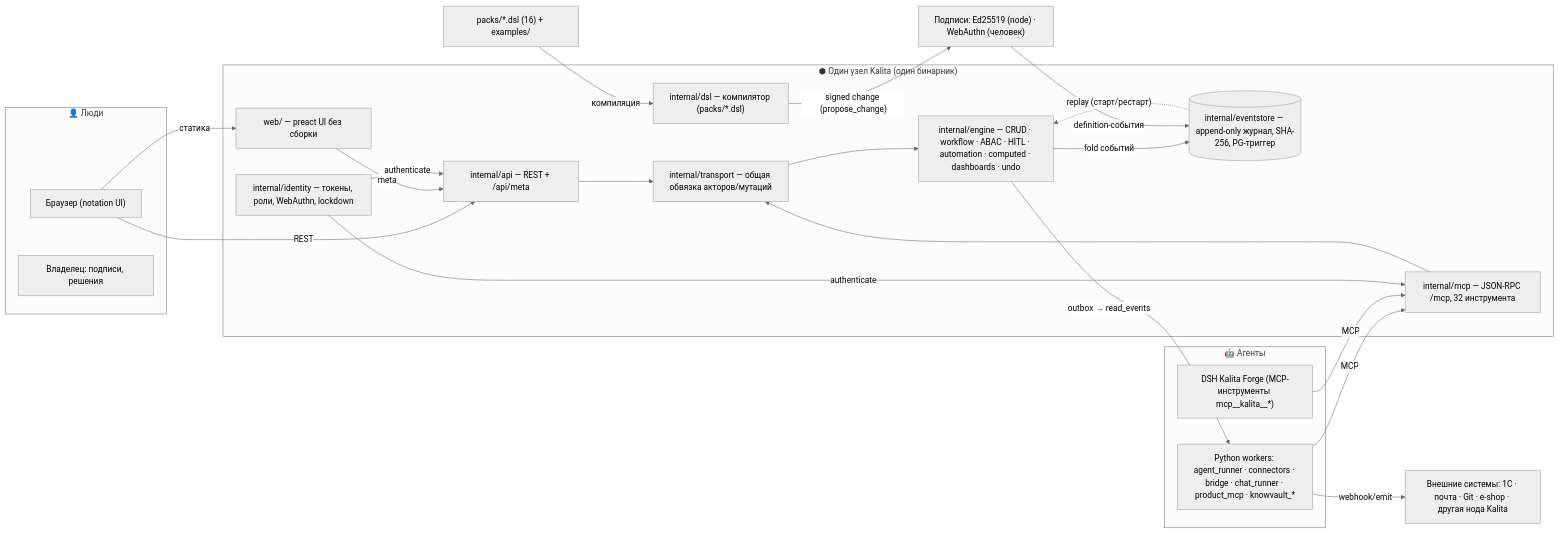
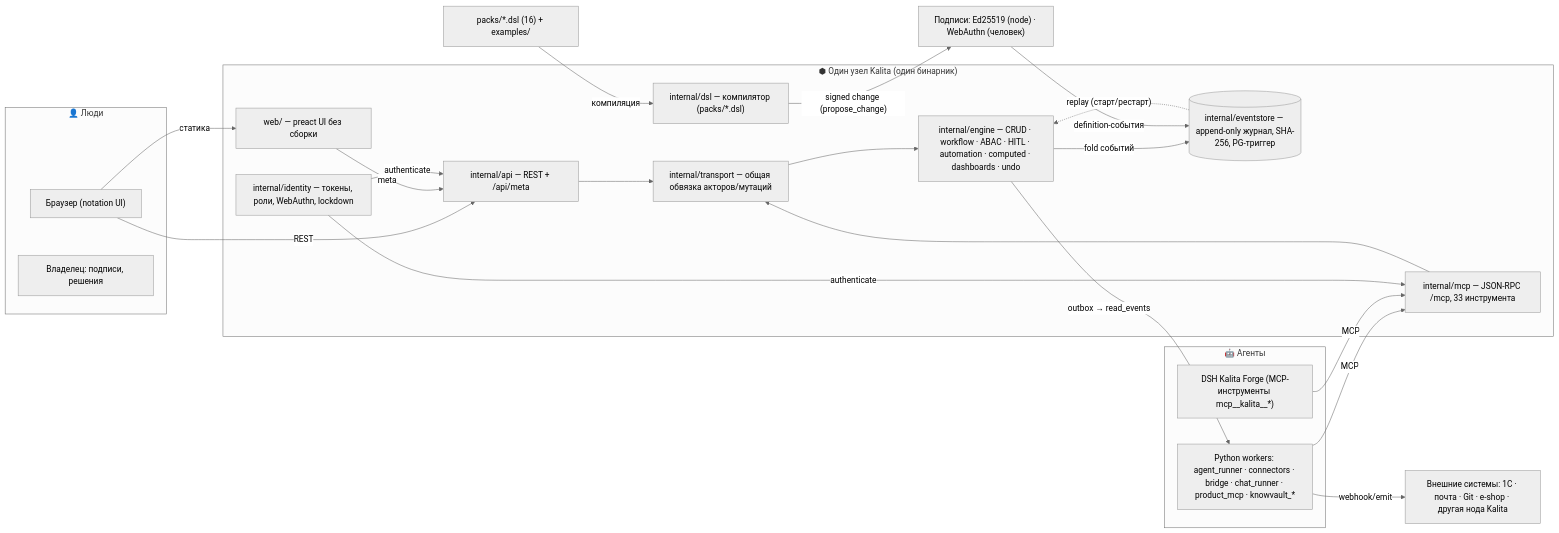
Before and after one commit to avangerus/kalita: the diagram in docs/forge/SYSTEM_MAP.md, drawn with Mermaid (neutral theme). The commit also changed other lines of this file and 17 other files, not shown here.

````diff
--- a/docs/forge/SYSTEM_MAP.md
+++ b/docs/forge/SYSTEM_MAP.md
@@ -8,41 +8,41 @@
 ```mermaid
 flowchart LR
     subgraph L["👤 Люди"]
         U["Браузер (notation UI)"]
         O["Владелец: подписи, решения"]
     end
     subgraph A["🤖 Агенты"]
         W["Python workers: agent_runner · connectors · bridge · chat_runner · product_mcp · knowvault_*"]
         F["DSH Kalita Forge (MCP-инструменты mcp__kalita__*)"]
     end
     subgraph NODE["⬢ Один узел Kalita (один бинарник)"]
         UI["web/ — preact UI без сборки"]
         API["internal/api — REST + /api/meta"]
-        MCP["internal/mcp — JSON-RPC /mcp, 32 инструмента"]
+        MCP["internal/mcp — JSON-RPC /mcp, 33 инструмента"]
         T["internal/transport — общая обвязка акторов/мутаций"]
         E["internal/engine — CRUD · workflow · ABAC · HITL · automation · computed · dashboards · undo"]
         I["internal/identity — токены, роли, WebAuthn, lockdown"]
         DSL["internal/dsl — компилятор (packs/*.dsl)"]
         J[("internal/eventstore — append-only журнал, SHA-256, PG-триггер")]
     end
     PACKS["packs/*.dsl (16) + examples/"]
     EXT["Внешние системы: 1C · почта · Git · e-shop · другая нода Kalita"]
     SIG["Подписи: Ed25519 (node) · WebAuthn (человек)"]
 
     U -->|REST| API
     U -->|статика| UI
     UI -->|meta| API
     W -->|MCP| MCP
     F -->|MCP| MCP
     API --> T --> E
     MCP --> T
     E -->|fold событий| J
     J -. "replay (старт/рестарт)" .-> E
     PACKS -->|компиляция| DSL
     DSL -->|"signed change (propose_change)"| SIG
     SIG -->|definition-события| J
     I -->|authenticate| API
     I -->|authenticate| MCP
     E -->|"outbox → read_events"| W
     W -->|"webhook/emit"| EXT
 ```
````
